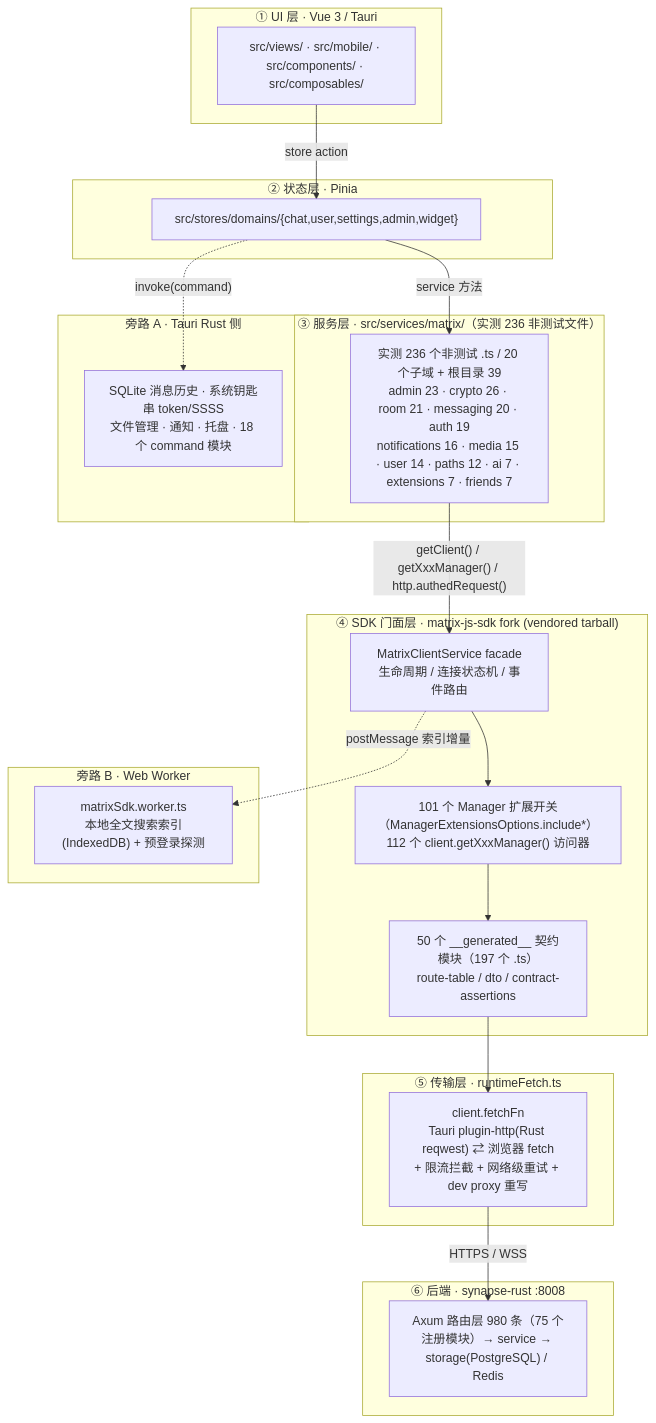
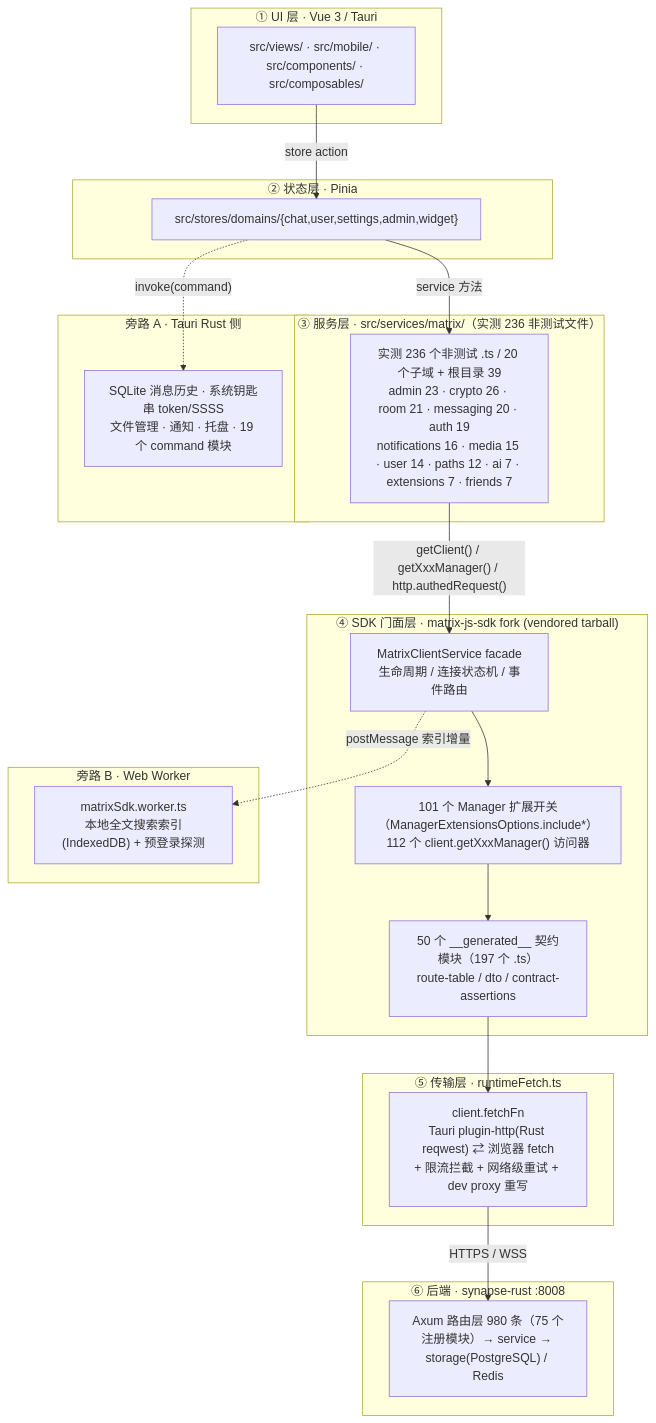
Before and after one commit to langkebo/hula: the first of 4 diagrams in docs/Tjg-SDK-集成架构与能力图谱-2026-10-08.md, drawn with Mermaid. The commit also changed other lines of this file and 26 other files, not shown here.

````diff
--- a/docs/Tjg-SDK-集成架构与能力图谱-2026-10-08.md
+++ b/docs/Tjg-SDK-集成架构与能力图谱-2026-10-08.md
@@ -34,47 +34,47 @@
 ```mermaid
 flowchart TB
     subgraph L1["① UI 层 · Vue 3 / Tauri"]
         UI["src/views/ · src/mobile/ · src/components/ · src/composables/"]
     end
 
     subgraph L2["② 状态层 · Pinia"]
         ST["src/stores/domains/{chat,user,settings,admin,widget}"]
     end
 
     subgraph L3["③ 服务层 · src/services/matrix/（实测 236 非测试文件）"]
         SV["实测 236 个非测试 .ts / 20 个子域 + 根目录 39<br/>admin 23 · crypto 26 · room 21 · messaging 20 · auth 19<br/>notifications 16 · media 15 · user 14 · paths 12 · ai 7 · extensions 7 · friends 7"]
     end
 
     subgraph L4["④ SDK 门面层 · matrix-js-sdk fork (vendored tarball)"]
         SDK1["MatrixClientService facade<br/>生命周期 / 连接状态机 / 事件路由"]
         SDK2["101 个 Manager 扩展开关（ManagerExtensionsOptions.include*）<br/>112 个 client.getXxxManager() 访问器"]
         SDK3["50 个 __generated__ 契约模块（197 个 .ts）<br/>route-table / dto / contract-assertions"]
     end
 
     subgraph L5["⑤ 传输层 · runtimeFetch.ts"]
         NET["client.fetchFn<br/>Tauri plugin-http(Rust reqwest) ⇄ 浏览器 fetch<br/>+ 限流拦截 + 网络级重试 + dev proxy 重写"]
     end
 
     subgraph L6["⑥ 后端 · synapse-rust :8008"]
         BE["Axum 路由层 980 条（75 个注册模块）→ service → storage(PostgreSQL) / Redis"]
     end
 
     UI -->|"store action"| ST
     ST -->|"service 方法"| SV
     SV -->|"getClient() / getXxxManager() / http.authedRequest()"| SDK1
     SDK1 --> SDK2
     SDK2 --> SDK3
     SDK3 --> NET
     NET -->|"HTTPS / WSS"| BE
 
     subgraph SIDE1["旁路 A · Tauri Rust 侧"]
-        TAURI["SQLite 消息历史 · 系统钥匙串 token/SSSS<br/>文件管理 · 通知 · 托盘 · 18 个 command 模块"]
+        TAURI["SQLite 消息历史 · 系统钥匙串 token/SSSS<br/>文件管理 · 通知 · 托盘 · 19 个 command 模块"]
     end
 
     subgraph SIDE2["旁路 B · Web Worker"]
         WK["matrixSdk.worker.ts<br/>本地全文搜索索引(IndexedDB) + 预登录探测"]
     end
 
     ST -.->|"invoke(command)"| TAURI
     SDK1 -.->|"postMessage 索引增量"| WK
 ```
````
